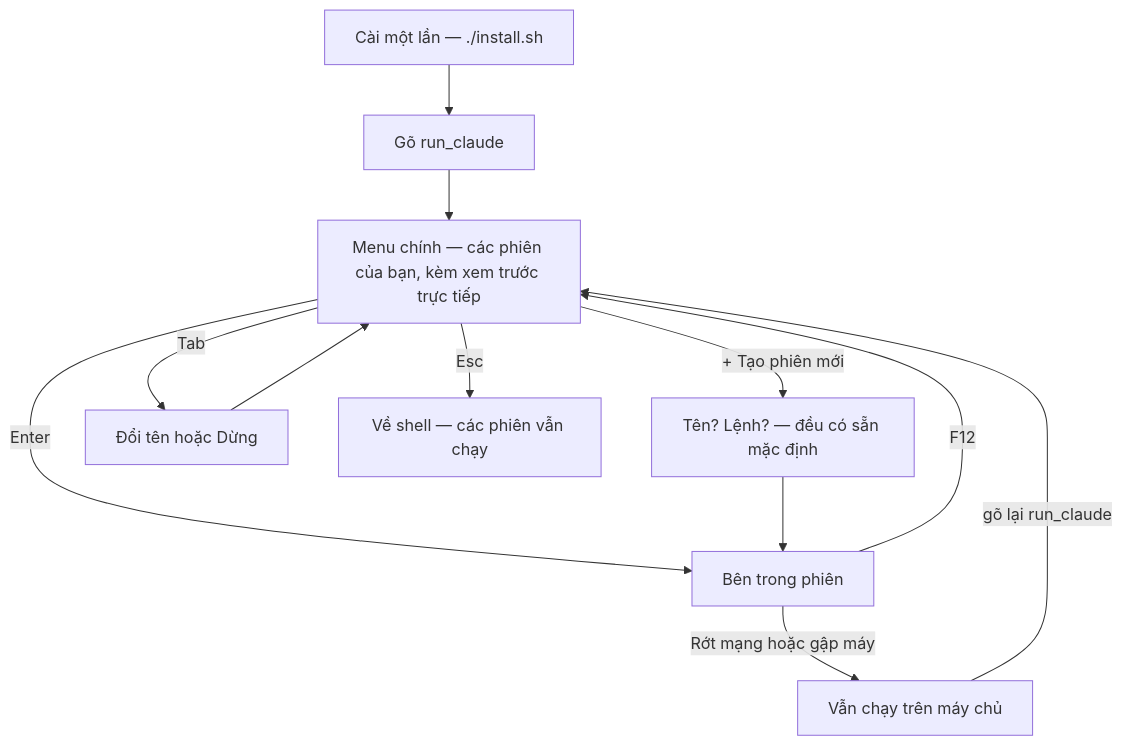
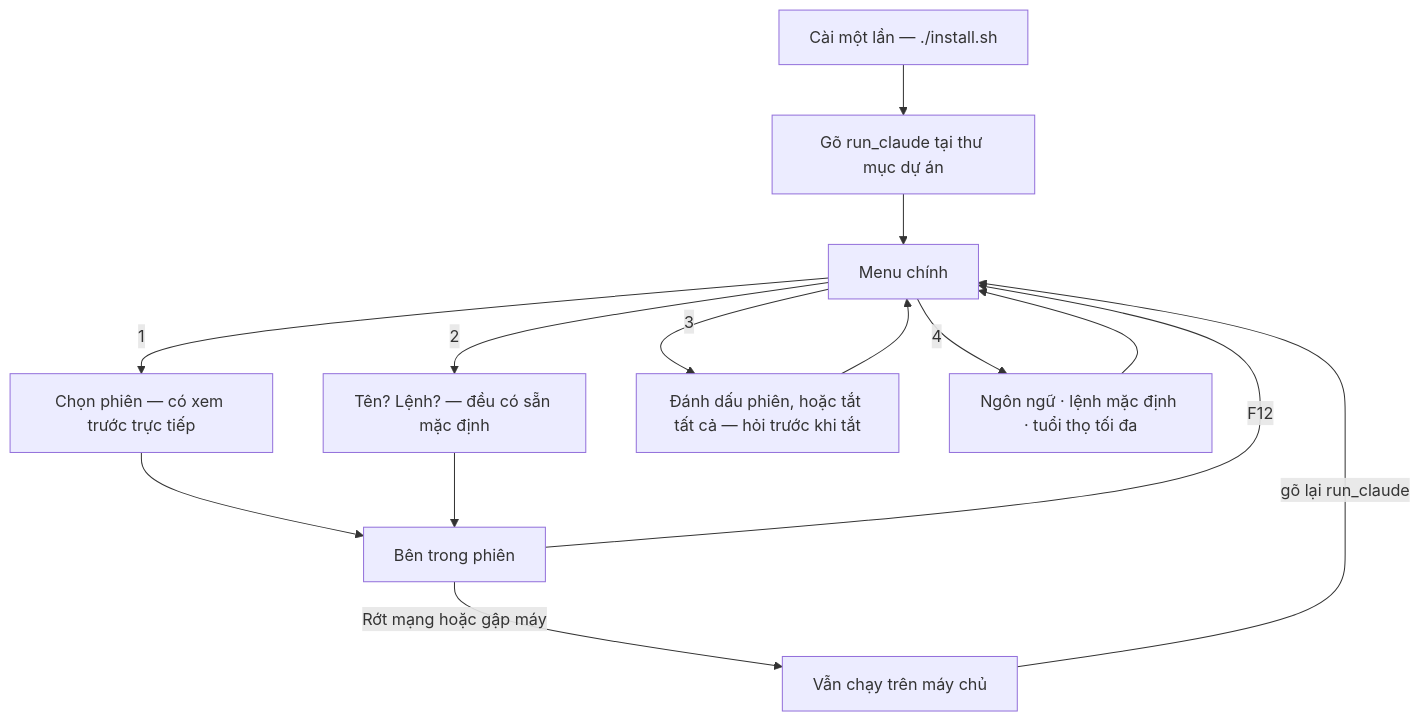
Before and after one commit to tranvuongquocdat/keep-ssh-agent-alive: the diagram in README.vi.md, drawn with Mermaid. The commit also changed other lines of this file and 9 other files, not shown here.

````diff
--- a/README.vi.md
+++ b/README.vi.md
@@ -46,14 +87,16 @@
 ```mermaid
 flowchart TD
-    A["Cài một lần — ./install.sh"] --> B["Gõ run_claude"]
-    B --> M["Menu chính — các phiên của bạn, kèm xem trước trực tiếp"]
-    M -- "Enter" --> S["Bên trong phiên"]
-    M -- "+ Tạo phiên mới" --> N["Tên? Lệnh? — đều có sẵn mặc định"]
+    I["Cài một lần — ./install.sh"] --> T["Gõ run_claude tại thư mục dự án"]
+    T --> M["Menu chính"]
+    M -- "1" --> O["Chọn phiên — có xem trước trực tiếp"]
+    O --> S["Bên trong phiên"]
+    M -- "2" --> N["Tên? Lệnh? — đều có sẵn mặc định"]
     N --> S
-    M -- "Tab" --> ACT["Đổi tên hoặc Dừng"]
-    ACT --> M
-    M -- "Esc" --> Q["Về shell — các phiên vẫn chạy"]
+    M -- "3" --> X["Đánh dấu phiên, hoặc tắt tất cả — hỏi trước khi tắt"]
+    X --> M
+    M -- "4" --> G["Ngôn ngữ · lệnh mặc định · tuổi thọ tối đa"]
+    G --> M
     S -- "F12" --> M
     S -- "Rớt mạng hoặc gập máy" --> K["Vẫn chạy trên máy chủ"]
     K -- "gõ lại run_claude" --> M
 ```
````
